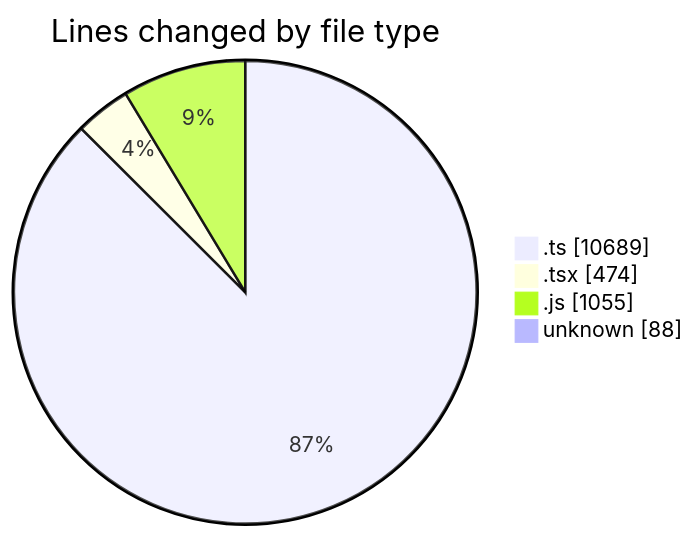
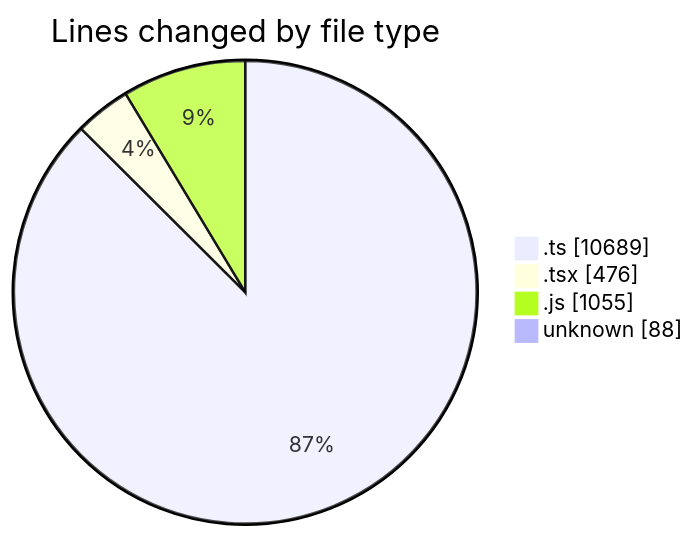
The first of 2 diagrams in 2026-03-11/cda/README.md (momahboobian/code-tracking), drawn with Mermaid before and after one commit. The commit also changed other lines of this file and 1 other file, not shown here.

````diff
--- a/2026-03-11/cda/README.md
+++ b/2026-03-11/cda/README.md
@@ -34,8 +34,8 @@
 ```mermaid
 pie showData
 title Lines changed by file type
 ".ts" : 10689
-".tsx" : 474
+".tsx" : 476
 ".js" : 1055
 "unknown" : 88
 ```
````
